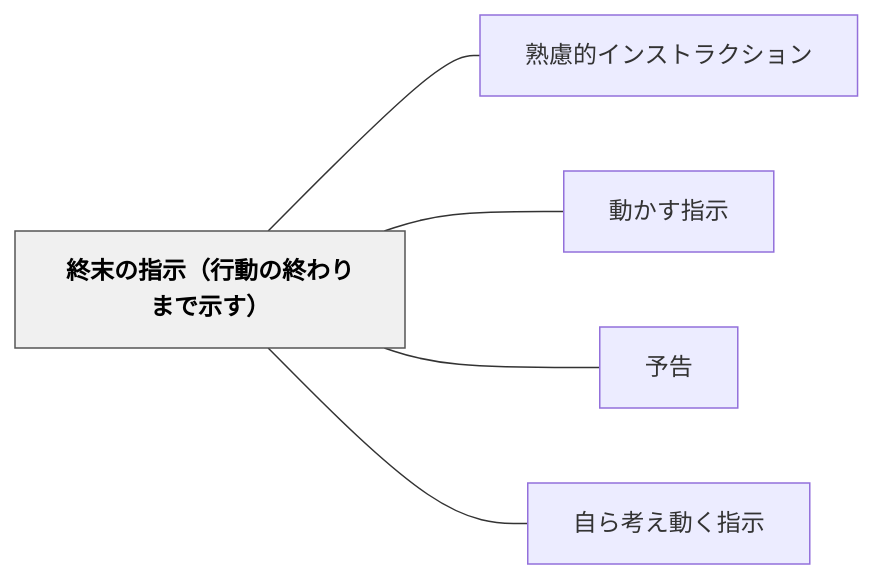
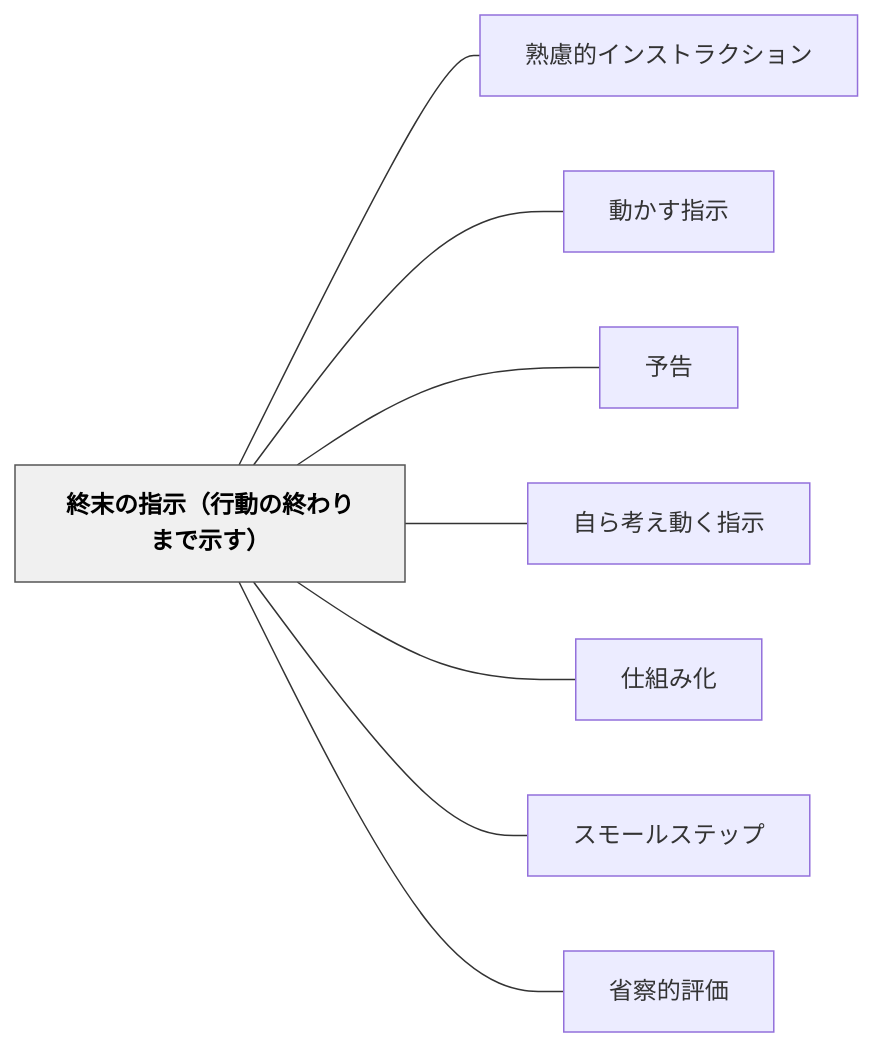
One commit to unknownthings-ed-patterns/unknownthings-ed-patterns changed the diagram in content/パタン/終末の指示（行動の終わりまで示す）.md. Above: the diagram before and after it, drawn with Mermaid. The commit also changed 20 other files, not shown here.

````diff
--- a/content/パタン/終末の指示（行動の終わりまで示す）.md
+++ b/content/パタン/終末の指示（行動の終わりまで示す）.md
@@ -40,16 +37,22 @@
 ```mermaid
 flowchart LR
     ne7b582e69cabe381aee68c87e7a4baefbc88e8a18ce58b95e381aee7b582e3828fe3828ae381bee381a7e7a4bae38199efbc89["終末の指示（行動の終わりまで示す）"]
     ne7869fe685aee79a84e382a4e383b3e382b9e38388e383a9e382afe382b7e383a7e383b3["熟慮的インストラクション"]
     ne58b95e3818be38199e68c87e7a4ba["動かす指示"]
     ne4ba88e5918a["予告"]
     ne887aae38289e88083e38188e58b95e3818fe68c87e7a4ba["自ら考え動く指示"]
+    ne4bb95e7b584e381bfe58c96["仕組み化"]
+    ne382b9e383a2e383bce383abe382b9e38386e38383e38397["スモールステップ"]
+    ne79c81e5af9fe79a84e8a995e4bea1["省察的評価"]
 
     ne7b582e69cabe381aee68c87e7a4baefbc88e8a18ce58b95e381aee7b582e3828fe3828ae381bee381a7e7a4bae38199efbc89 --- ne7869fe685aee79a84e382a4e383b3e382b9e38388e383a9e382afe382b7e383a7e383b3
     ne7b582e69cabe381aee68c87e7a4baefbc88e8a18ce58b95e381aee7b582e3828fe3828ae381bee381a7e7a4bae38199efbc89 --- ne58b95e3818be38199e68c87e7a4ba
     ne7b582e69cabe381aee68c87e7a4baefbc88e8a18ce58b95e381aee7b582e3828fe3828ae381bee381a7e7a4bae38199efbc89 --- ne4ba88e5918a
     ne7b582e69cabe381aee68c87e7a4baefbc88e8a18ce58b95e381aee7b582e3828fe3828ae381bee381a7e7a4bae38199efbc89 --- ne887aae38289e88083e38188e58b95e3818fe68c87e7a4ba
+    ne7b582e69cabe381aee68c87e7a4baefbc88e8a18ce58b95e381aee7b582e3828fe3828ae381bee381a7e7a4bae38199efbc89 --- ne4bb95e7b584e381bfe58c96
+    ne7b582e69cabe381aee68c87e7a4baefbc88e8a18ce58b95e381aee7b582e3828fe3828ae381bee381a7e7a4bae38199efbc89 --- ne382b9e383a2e383bce383abe382b9e38386e38383e38397
+    ne7b582e69cabe381aee68c87e7a4baefbc88e8a18ce58b95e381aee7b582e3828fe3828ae381bee381a7e7a4bae38199efbc89 --- ne79c81e5af9fe79a84e8a995e4bea1
 
     classDef hub fill:#f0f0f0,stroke:#555,color:#000,font-weight:bold
     class ne7b582e69cabe381aee68c87e7a4baefbc88e8a18ce58b95e381aee7b582e3828fe3828ae381bee381a7e7a4bae38199efbc89 hub
 ```
````
